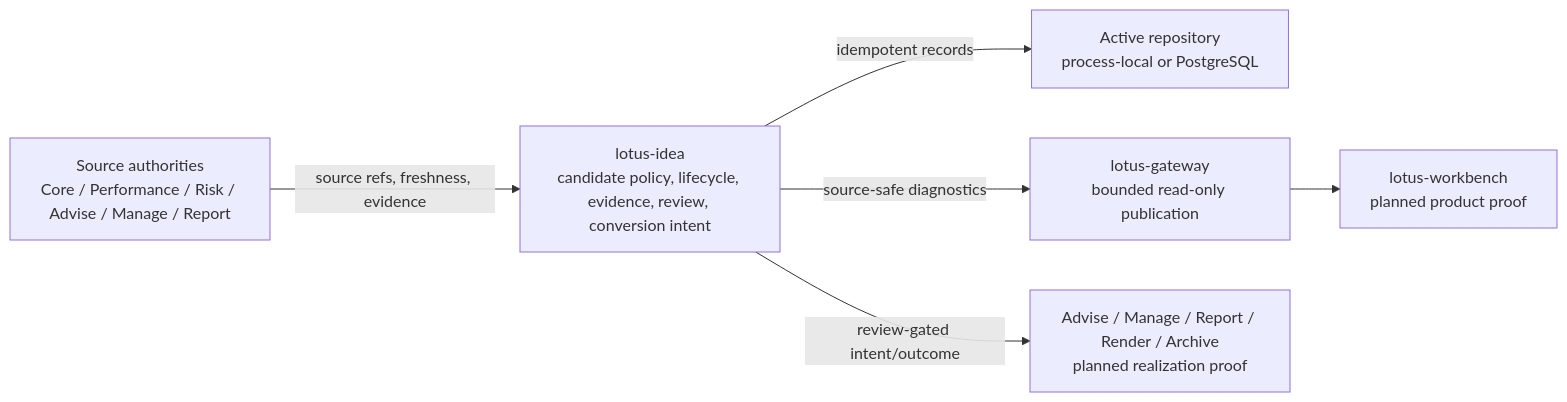
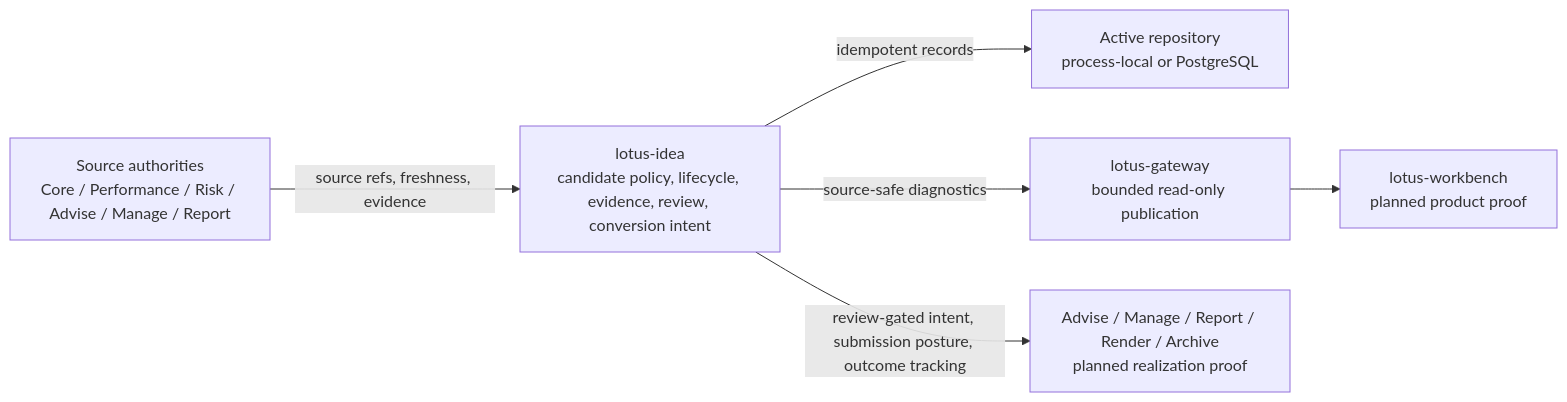
Before and after one commit to sgajbi/lotus-idea: the first of 2 diagrams in README.md, drawn with Mermaid. The commit also changed other lines of this file and 17 other files, not shown here.

Commit message:
Document downstream submission posture

````diff
--- a/README.md
+++ b/README.md
@@ -117,15 +118,15 @@
 ```mermaid
 flowchart LR
     Core["Source authorities<br/>Core / Performance / Risk / Advise / Manage / Report"]
     Idea["lotus-idea<br/>candidate policy, lifecycle, evidence, review, conversion intent"]
     Store["Active repository<br/>process-local or PostgreSQL"]
     Gateway["lotus-gateway<br/>bounded read-only publication"]
     Workbench["lotus-workbench<br/>planned product proof"]
     Downstream["Advise / Manage / Report / Render / Archive<br/>planned realization proof"]
 
     Core -->|"source refs, freshness, evidence"| Idea
     Idea -->|"idempotent records"| Store
     Idea -->|"source-safe diagnostics"| Gateway
     Gateway --> Workbench
-    Idea -->|"review-gated intent/outcome"| Downstream
+    Idea -->|"review-gated intent, submission posture, outcome tracking"| Downstream
 ```
````
